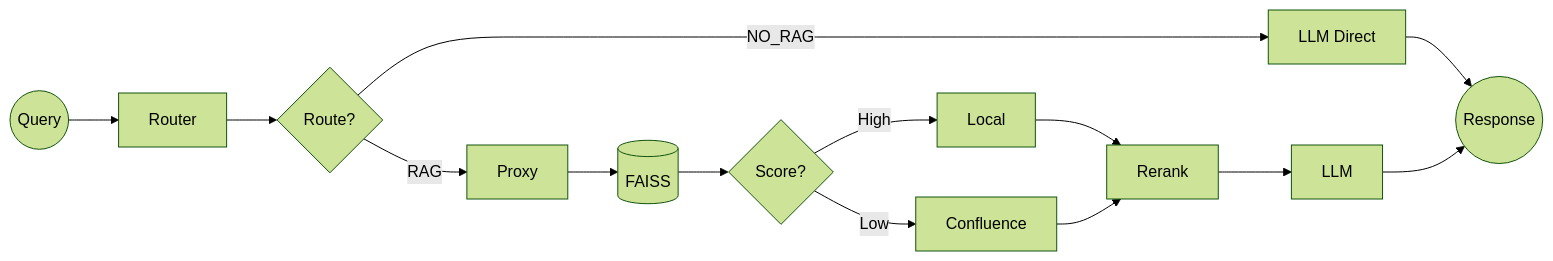
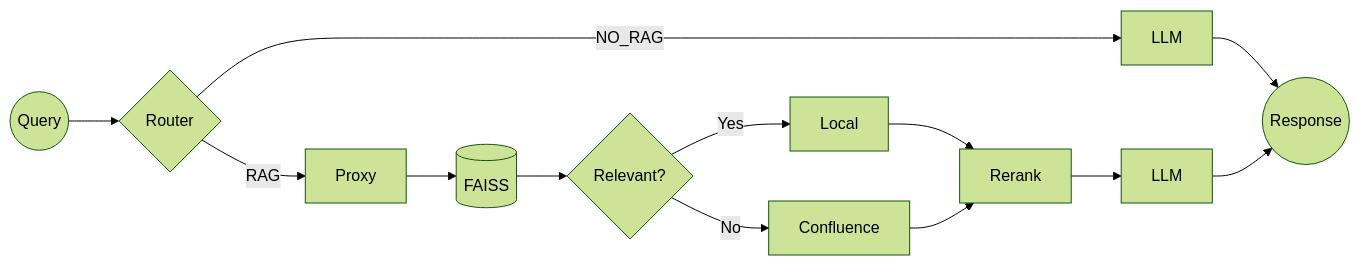
The diagram in README.md (blkros/confluence_ragchatbot_renewal), drawn with Mermaid (forest theme) before and after one commit.

Commit message:
README more improve

````diff
--- a/README.md
+++ b/README.md
@@ -19,20 +19,18 @@
 ```mermaid
 flowchart LR
-    A((Query)) --> B[Router]
+    A((Query)) --> B{Router}
+    B -->|NO_RAG| C[LLM]
+    B -->|RAG| D[Proxy]
 
-    B --> C{Route?}
-    C -->|NO_RAG| D[LLM Direct]
-    C -->|RAG| E[Proxy]
+    D --> E[(FAISS)]
+    E --> F{Relevant?}
+    F -->|Yes| G[Local]
+    F -->|No| H[Confluence]
 
-    E --> F[(FAISS)]
-    F --> G{Score?}
-    G -->|High| H[Local]
-    G -->|Low| I[Confluence]
+    G --> I[Rerank]
+    H --> I
+    I --> J[LLM]
 
-    H --> J[Rerank]
-    I --> J
-    J --> K[LLM]
-
-    D --> L((Response))
-    K --> L
+    C --> K((Response))
+    J --> K
 ```
````
